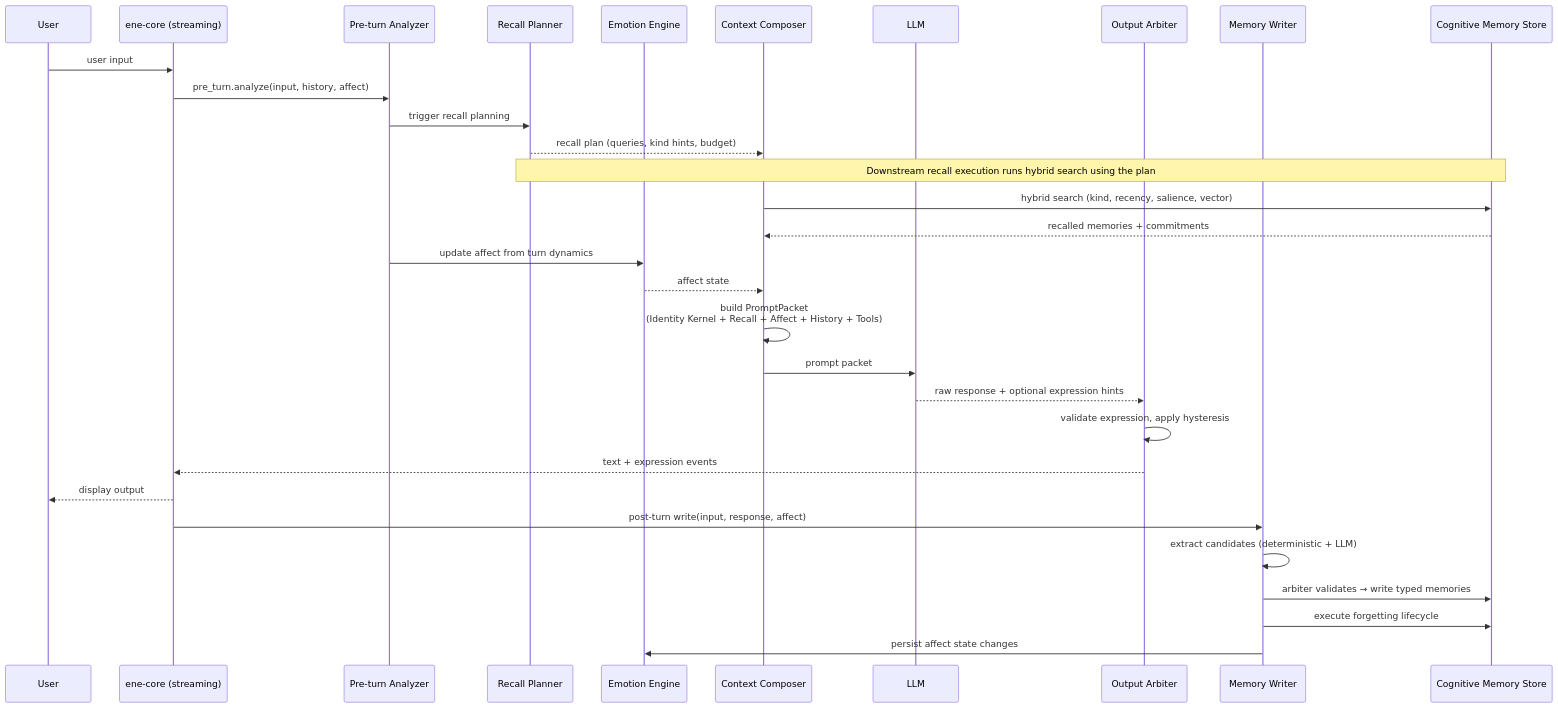
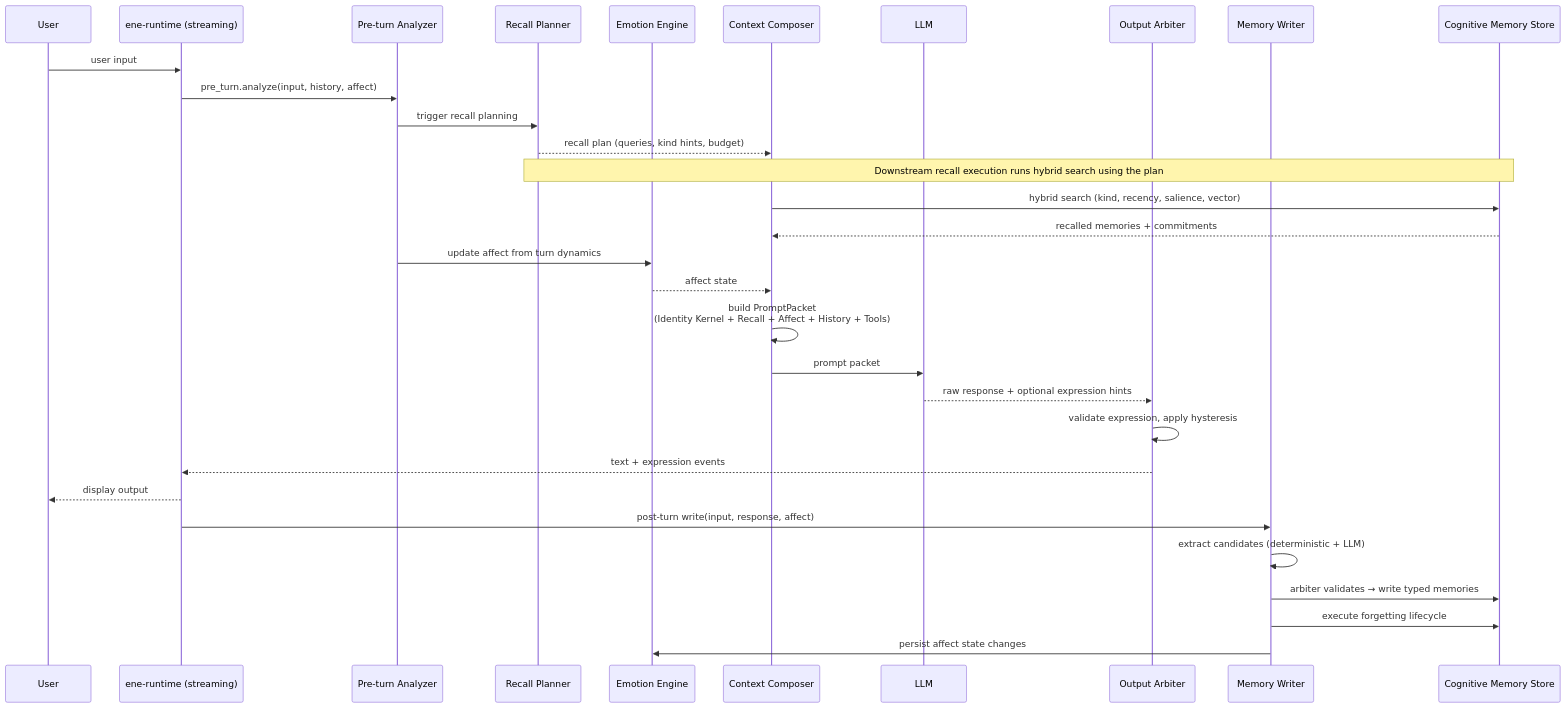
The diagram in docs/architecture/cognitive-runtime.md (pexisgle/ene), drawn with Mermaid before and after one commit. The commit also changed other lines of this file and 5 other files, not shown here.

````diff
--- a/docs/architecture/cognitive-runtime.md
+++ b/docs/architecture/cognitive-runtime.md
@@ -64,34 +66,34 @@
 ```mermaid
 sequenceDiagram
     participant User
-    participant Streaming as ene-core (streaming)
+    participant Streaming as ene-runtime (streaming)
     participant PreTurn as Pre-turn Analyzer
     participant Recall as Recall Planner
     participant Emotion as Emotion Engine
     participant Composer as Context Composer
     participant LLM
     participant Arbiter as Output Arbiter
     participant Writer as Memory Writer
     participant Store as Cognitive Memory Store
 
     User->>Streaming: user input
     Streaming->>PreTurn: pre_turn.analyze(input, history, affect)
     PreTurn->>Recall: trigger recall planning
     Recall-->>Composer: recall plan (queries, kind hints, budget)
     Note over Recall,Store: Downstream recall execution runs hybrid search using the plan
     Composer->>Store: hybrid search (kind, recency, salience, vector)
     Store-->>Composer: recalled memories + commitments
     PreTurn->>Emotion: update affect from turn dynamics
     Emotion-->>Composer: affect state
     Composer->>Composer: build PromptPacket<br/>(Identity Kernel + Recall + Affect + History + Tools)
     Composer->>LLM: prompt packet
     LLM-->>Arbiter: raw response + optional expression hints
     Arbiter->>Arbiter: validate expression, apply hysteresis
     Arbiter-->>Streaming: text + expression events
     Streaming-->>User: display output
     Streaming->>Writer: post-turn write(input, response, affect)
     Writer->>Writer: extract candidates (deterministic + LLM)
     Writer->>Store: arbiter validates → write typed memories
     Writer->>Store: execute forgetting lifecycle
     Writer->>Emotion: persist affect state changes
 ```
````
